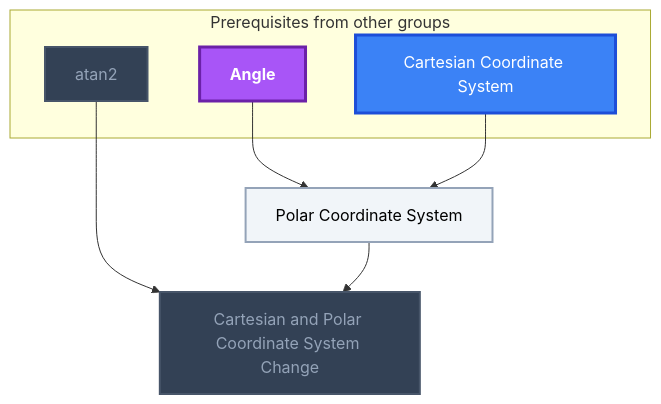
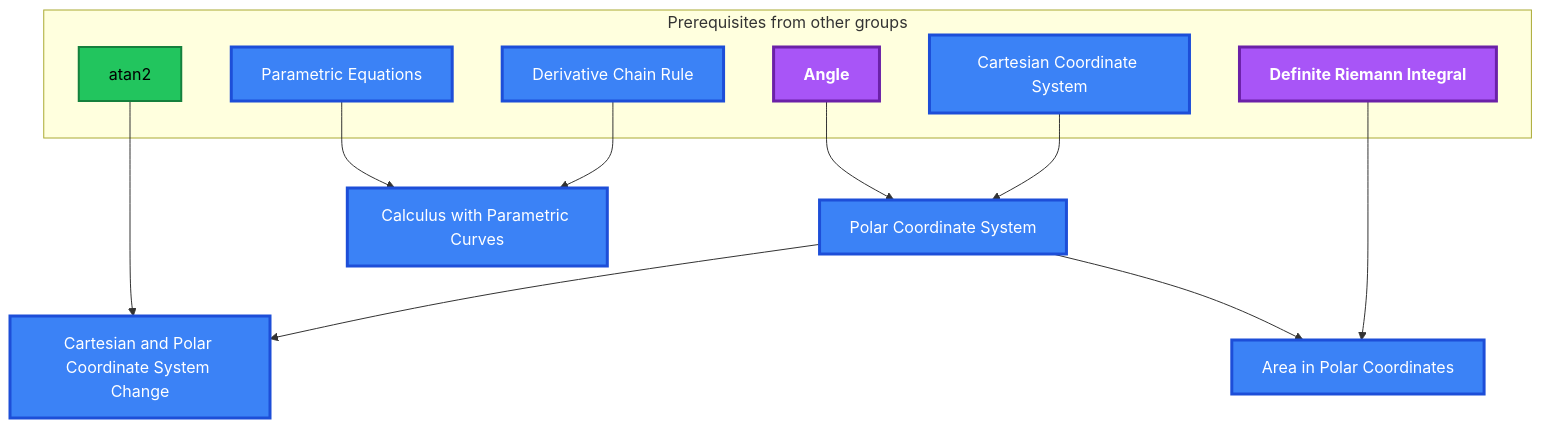
One commit to MRauf1/My-Notes changed the seventh of 13 diagrams in Gamification/Skill Trees/Calculus.md. Above: the diagram before and after it, drawn with Mermaid. The commit also changed other lines of this file and 145 other files, not shown here.

````diff
--- a/Gamification/Skill Trees/Calculus.md
+++ b/Gamification/Skill Trees/Calculus.md
@@ -627,28 +677,36 @@
 ```mermaid
 flowchart TD
     classDef planned fill:#1E293B,stroke:#64748B,stroke-width:2px,stroke-dasharray:5 5,color:#94A3B8;
     classDef locked fill:#334155,stroke:#475569,stroke-width:2px,color:#94A3B8;
     classDef L0 fill:#F1F5F9,stroke:#94A3B8,stroke-width:2px,color:#000000;
     classDef L1 fill:#22C55E,stroke:#15803D,stroke-width:2px,color:#000000;
     classDef L2 fill:#3B82F6,stroke:#1D4ED8,stroke-width:3px,color:#FFFFFF;
     classDef L3 fill:#A855F7,stroke:#6B21A8,stroke-width:3px,color:#FFFFFF,font-weight:bold;
     classDef L4 fill:#F97316,stroke:#C2410C,stroke-width:4px,color:#000000,font-weight:bold;
     classDef L5 fill:#FFD700,stroke:#FF8C00,stroke-width:5px,color:#000000,font-weight:bold;
     classDef rusty stroke:#8B4513,stroke-width:4px,stroke-dasharray:3 3;
     subgraph sg_prereqs["Prerequisites from other groups"]
         n_angle["Angle"]
         n_cartesian_coordinate_system["Cartesian Coordinate System"]
         n_atan2["atan2"]
+        n_parametric_equations["Parametric Equations"]
+        n_derivative_chain_rule["Derivative Chain Rule"]
+        n_definite_riemann_integral["Definite Riemann Integral"]
     end
     n_polar_coordinate_system["Polar Coordinate System"]
     n_cartesian_and_polar_coordinate_system_change["Cartesian and Polar Coordinate System Change"]
+    n_calculus_with_parametric_curves["Calculus with Parametric Curves"]
+    n_area_in_polar_coordinates["Area in Polar Coordinates"]
     n_angle --> n_polar_coordinate_system
     n_cartesian_coordinate_system --> n_polar_coordinate_system
     n_atan2 --> n_cartesian_and_polar_coordinate_system_change
     n_polar_coordinate_system --> n_cartesian_and_polar_coordinate_system_change
-    class n_atan2,n_cartesian_and_polar_coordinate_system_change locked;
-    class n_polar_coordinate_system L0;
-    class n_cartesian_coordinate_system L2;
-    class n_angle L3;
-    class n_angle,n_cartesian_coordinate_system,n_atan2,n_polar_coordinate_system,n_cartesian_and_polar_coordinate_system_change internal-link;
+    n_parametric_equations --> n_calculus_with_parametric_curves
+    n_derivative_chain_rule --> n_calculus_with_parametric_curves
+    n_polar_coordinate_system --> n_area_in_polar_coordinates
+    n_definite_riemann_integral --> n_area_in_polar_coordinates
+    class n_atan2 L1;
+    class n_cartesian_coordinate_system,n_parametric_equations,n_derivative_chain_rule,n_polar_coordinate_system,n_cartesian_and_polar_coordinate_system_change,n_calculus_with_parametric_curves,n_area_in_polar_coordinates L2;
+    class n_angle,n_definite_riemann_integral L3;
+    class n_angle,n_cartesian_coordinate_system,n_atan2,n_parametric_equations,n_derivative_chain_rule,n_definite_riemann_integral,n_polar_coordinate_system,n_cartesian_and_polar_coordinate_system_change,n_calculus_with_parametric_curves,n_area_in_polar_coordinates internal-link;
 ```
````
